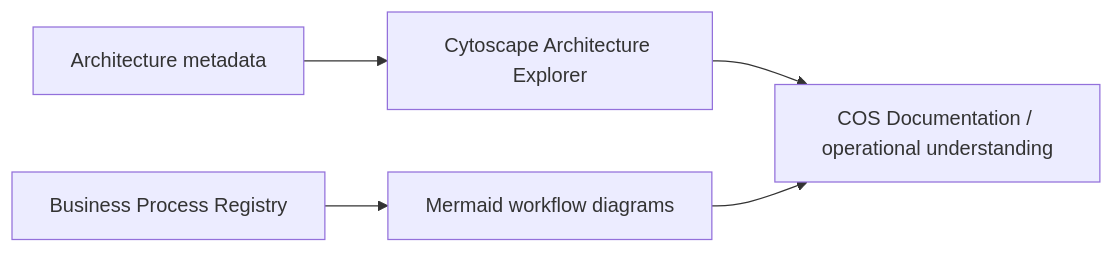
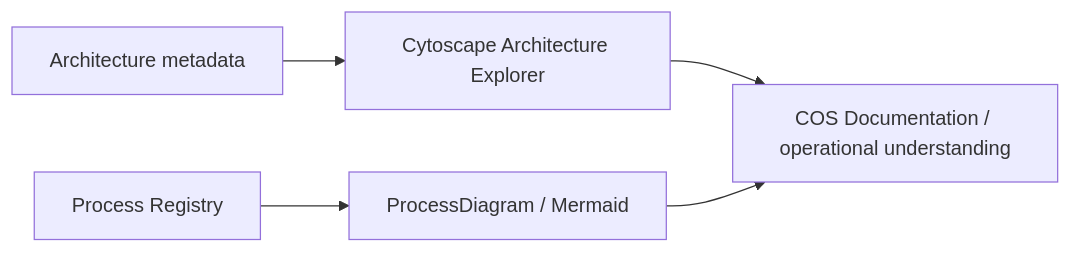
The third of 3 diagrams in docs/02-workflows/business-process-modeling.md (Murakhovsky/TerraNova2026), drawn with Mermaid before and after one commit. The commit also changed other lines of this file and 9 other files, not shown here.

First line of the commit message:
DOC V0.12 — derive workflow diagrams from Process Registry

````diff
--- a/docs/02-workflows/business-process-modeling.md
+++ b/docs/02-workflows/business-process-modeling.md
@@ -125,7 +130,7 @@
 ```mermaid
 flowchart LR
     A[Architecture metadata] --> B[Cytoscape Architecture Explorer]
-    C[Business Process Registry] --> D[Mermaid workflow diagrams]
+    C[Process Registry] --> D[ProcessDiagram / Mermaid]
     B --> E[COS Documentation / operational understanding]
     D --> E
 ```
````
